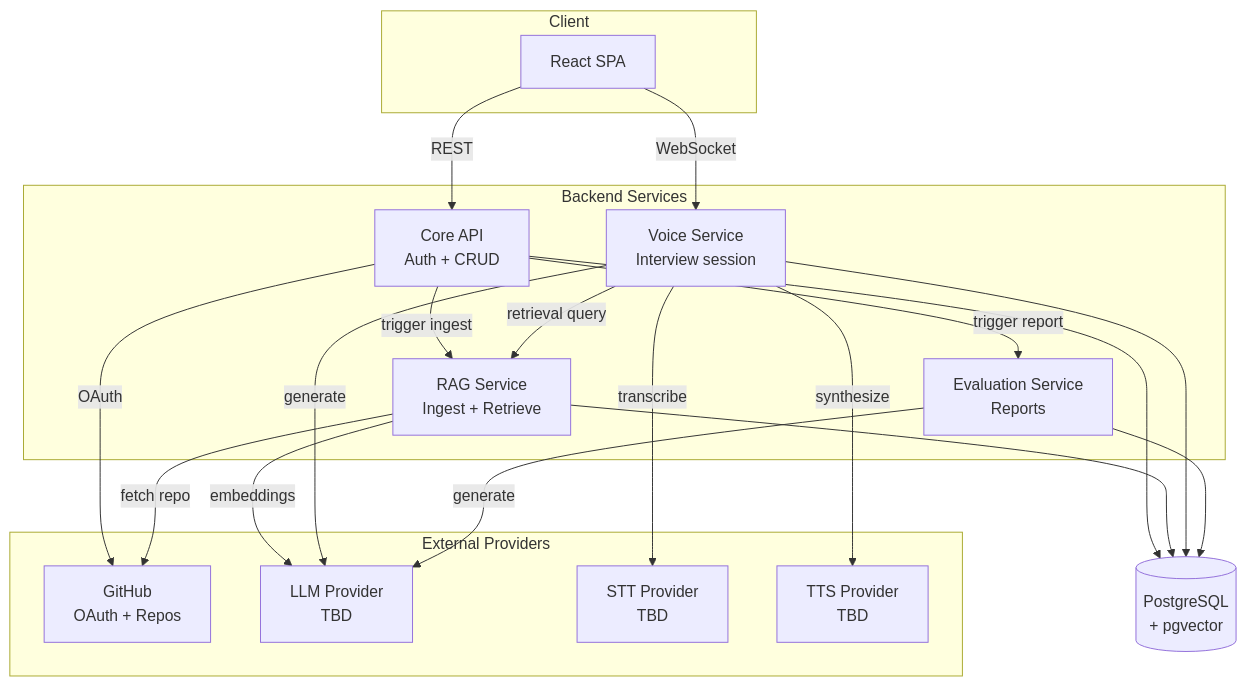
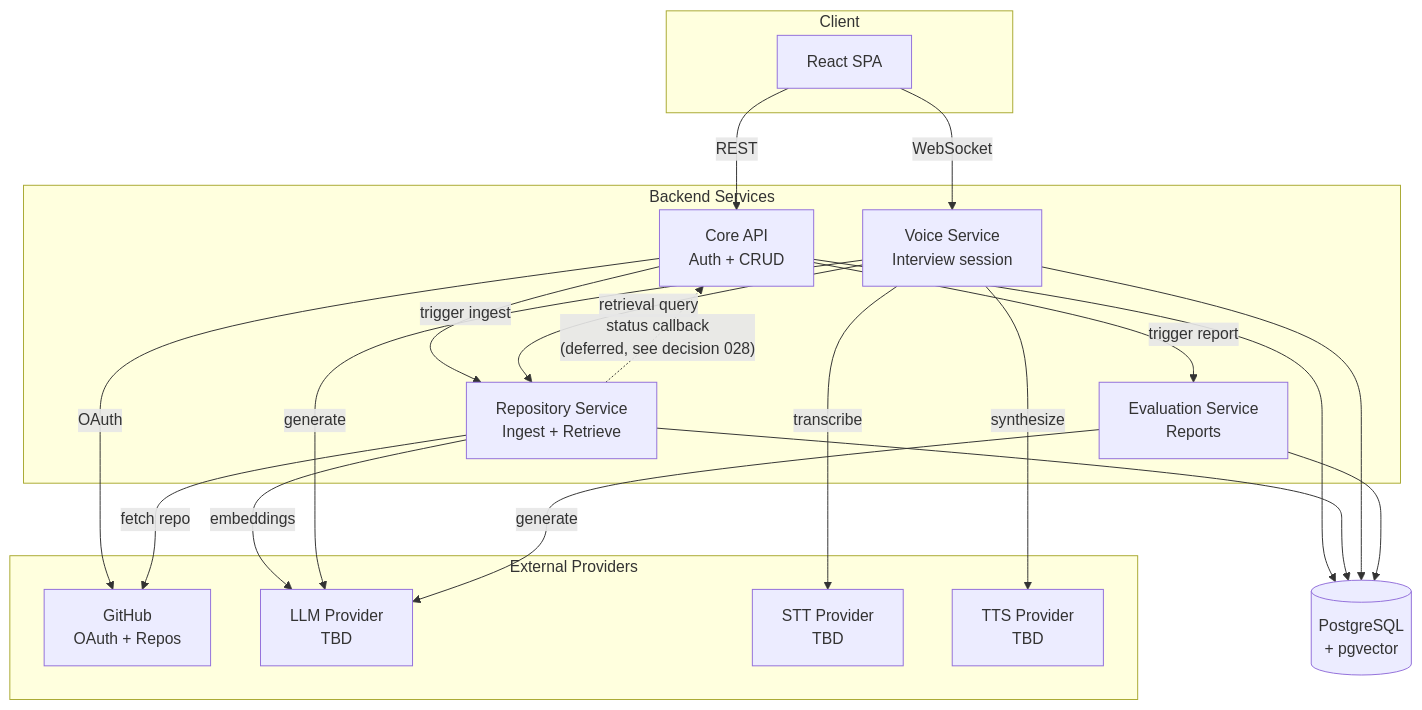
One commit to missLaiba22/RepoViva changed the diagram in docs/architecture.md. Above: the diagram before and after it, drawn with Mermaid. The commit also changed other lines of this file and 2 other files, not shown here.

Commit message:
update descion.md and architecture.md

````diff
--- a/docs/architecture.md
+++ b/docs/architecture.md
@@ -11,42 +11,43 @@
 ```mermaid
 flowchart TB
     subgraph "Client"
         FE[React SPA]
     end
- 
+
     subgraph "Backend Services"
         CORE[Core API<br/>Auth + CRUD]
-        RAG[RAG Service<br/>Ingest + Retrieve]
+        REPO[Repository Service<br/>Ingest + Retrieve]
         VOICE[Voice Service<br/>Interview session]
         EVAL[Evaluation Service<br/>Reports]
     end
- 
+
     DB[(PostgreSQL<br/>+ pgvector)]
- 
+
     subgraph "External Providers"
         GH[GitHub<br/>OAuth + Repos]
         LLM[LLM Provider<br/>TBD]
         STT[STT Provider<br/>TBD]
         TTS[TTS Provider<br/>TBD]
     end
- 
+
     FE -- REST --> CORE
     FE -- WebSocket --> VOICE
- 
-    CORE -- trigger ingest --> RAG
+
+    CORE -- trigger ingest --> REPO
+    REPO -. status callback<br/>(deferred, see decision 028) .-> CORE
     CORE -- trigger report --> EVAL
-    VOICE -- retrieval query --> RAG
- 
+    VOICE -- retrieval query --> REPO
+
     CORE --> DB
-    RAG --> DB
+    REPO --> DB
     VOICE --> DB
     EVAL --> DB
- 
+
     CORE -- OAuth --> GH
-    RAG -- fetch repo --> GH
-    RAG -- embeddings --> LLM
+    REPO -- fetch repo --> GH
+    REPO -- embeddings --> LLM
     VOICE -- transcribe --> STT
     VOICE -- generate --> LLM
     VOICE -- synthesize --> TTS
     EVAL -- generate --> LLM
 ```
````
